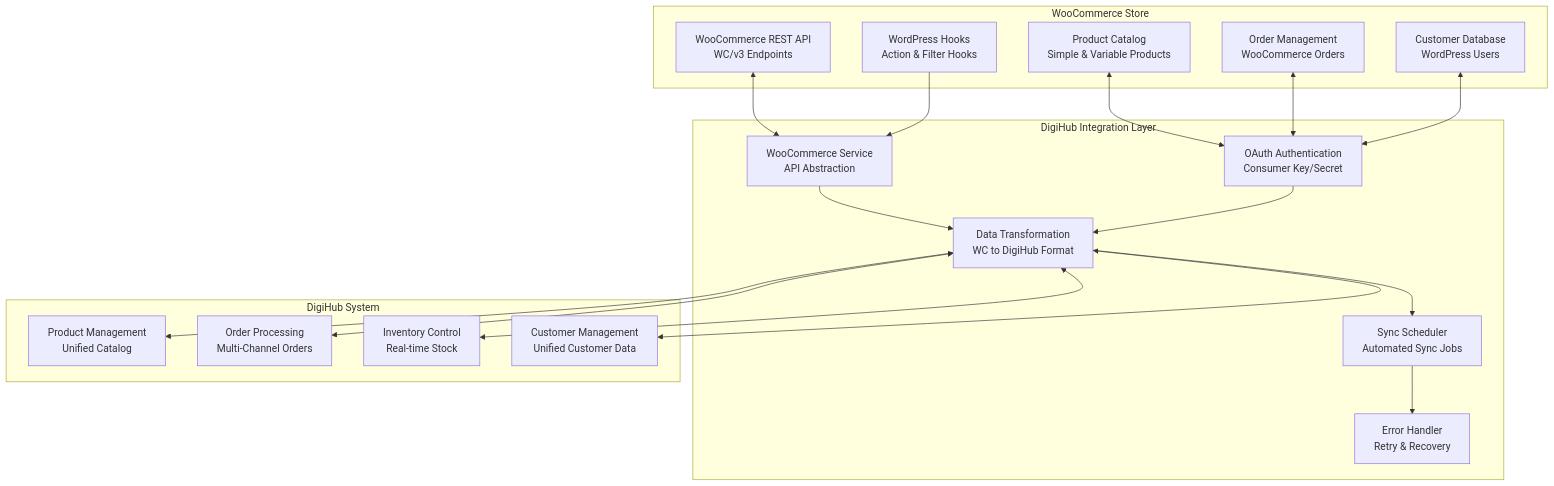
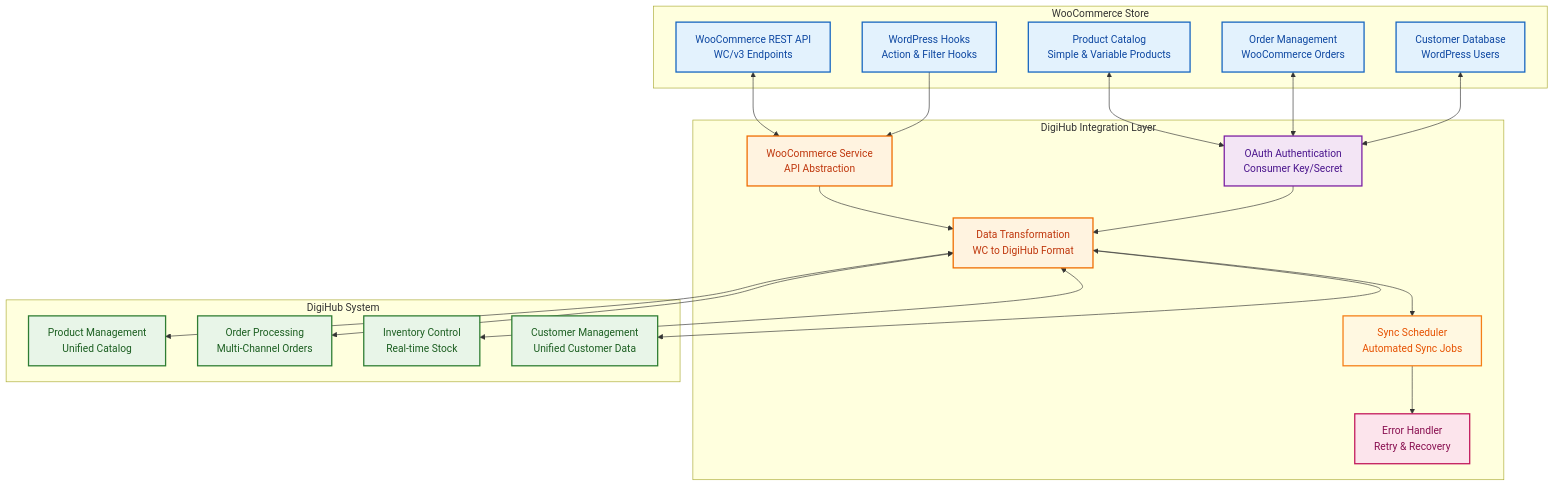
One commit to sandeepkumar0801/Digihub changed the eighth of 44 diagrams in README.md. Above: the diagram before and after it, drawn with Mermaid. The commit also changed other lines of this file and 1 other file, not shown here.

````diff
--- a/README.md
+++ b/README.md
@@ -1431,46 +1565,57 @@
 ```mermaid
 graph TD
     subgraph "WooCommerce Store"
         A[WooCommerce REST API<br/>WC/v3 Endpoints]
         B[WordPress Hooks<br/>Action & Filter Hooks]
         C[Product Catalog<br/>Simple & Variable Products]
         D[Order Management<br/>WooCommerce Orders]
         E[Customer Database<br/>WordPress Users]
     end
 
     subgraph "DigiHub Integration Layer"
         F[WooCommerce Service<br/>API Abstraction]
         G[OAuth Authentication<br/>Consumer Key/Secret]
         H[Data Transformation<br/>WC to DigiHub Format]
         I[Sync Scheduler<br/>Automated Sync Jobs]
         J[Error Handler<br/>Retry & Recovery]
     end
 
     subgraph "DigiHub System"
         K[Product Management<br/>Unified Catalog]
         L[Order Processing<br/>Multi-Channel Orders]
         M[Inventory Control<br/>Real-time Stock]
         N[Customer Management<br/>Unified Customer Data]
     end
 
     A <--> F
     B --> F
     C <--> G
     D <--> G
     E <--> G
 
     F --> H
     G --> H
     H --> I
     I --> J
 
     H <--> K
     H <--> L
     H <--> M
     H <--> N
 
 
 
+    classDef woocommerce fill:#e3f2fd,stroke:#1565c0,stroke-width:2px,color:#0d47a1
+    classDef integration fill:#fff3e0,stroke:#ef6c00,stroke-width:2px,color:#bf360c
+    classDef auth fill:#f3e5f5,stroke:#7b1fa2,stroke-width:2px,color:#4a148c
+    classDef core fill:#e8f5e8,stroke:#2e7d32,stroke-width:2px,color:#1b5e20
+    classDef sync fill:#fff8e1,stroke:#f57f17,stroke-width:2px,color:#e65100
+    classDef error fill:#fce4ec,stroke:#c2185b,stroke-width:2px,color:#880e4f
 
-
+    class A,B,C,D,E woocommerce
+    class F,H integration
+    class G auth
+    class I sync
+    class J error
+    class K,L,M,N core
 ```
````
